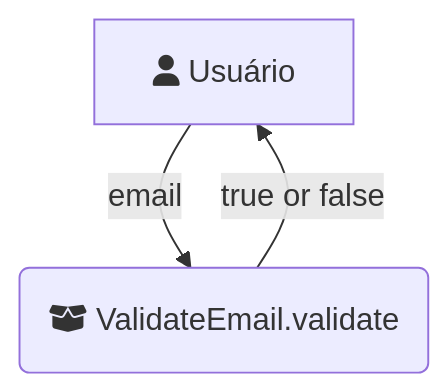
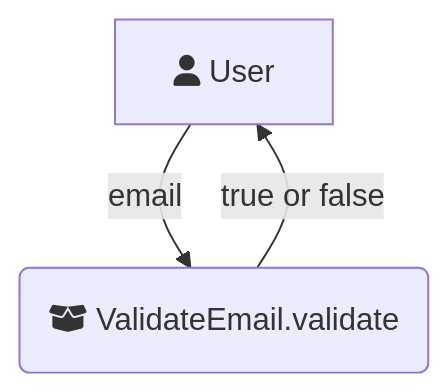
The diagram in ValidateEmail/validate-email-use-case.uml.mermaid (RenatoGarciaLopes/JavaIradoNoTxt), drawn with Mermaid before and after one commit. The commit also changed 26 other files, not shown here.

```diff
--- a/ValidateEmail/validate-email-use-case.uml.mermaid
+++ b/ValidateEmail/validate-email-use-case.uml.mermaid
@@ -1,6 +1,6 @@
 flowchart TD
-    A[fa:fa-user Usuário]
+    A[fa:fa-user User]
     B(fa:fa-box-open ValidateEmail.validate)
 
     A -->| email | B
     B -->| true or false | A
```
